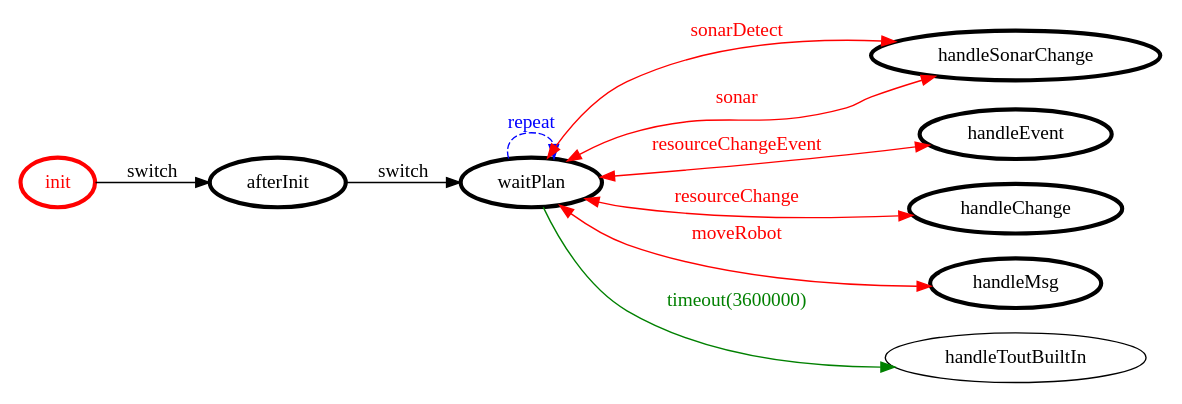
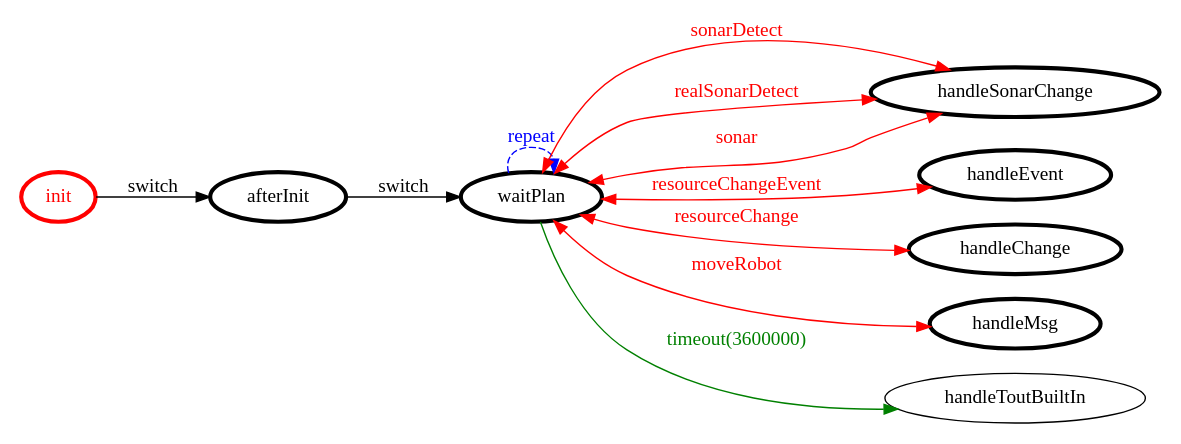
Before and after one commit to AlessandroStaffolani/robot-cleaner: the diagram in it.unibo.project/srcMore/it/unibo/mindrobot/mindrobot.gv, drawn with Graphviz. The commit also changed 11 other files, not shown here.

```diff
--- a/it.unibo.project/srcMore/it/unibo/mindrobot/mindrobot.gv
+++ b/it.unibo.project/srcMore/it/unibo/mindrobot/mindrobot.gv
@@ -1,29 +1,30 @@
 /*
 *
 * A GraphViz DOT FSM description 
 * Please use a GraphViz visualizer (like http://www.webgraphviz.com)
 *  
 */
 
 digraph finite_state_machine {
 	rankdir=LR
 	size="8,5"
 	
 	init [ color = red ][ fontcolor = red ][ penwidth = 3 ]
 	waitPlan [ color = black ][ fontcolor = black ][ penwidth = 3 ]
 	handleSonarChange [ color = black ][ fontcolor = black ][ penwidth = 3 ]
 	handleEvent [ color = black ][ fontcolor = black ][ penwidth = 3 ]
 	handleChange [ color = black ][ fontcolor = black ][ penwidth = 3 ]
 	afterInit [ color = black ][ fontcolor = black ][ penwidth = 3 ]
 	handleMsg [ color = black ][ fontcolor = black ][ penwidth = 3 ]
 	
 	waitPlan -> handleSonarChange [ label = "sonarDetect" ][ color = red ][ fontcolor = red ][ dir = both ]
 	init -> afterInit [ label = "switch" ][ color = black ][ fontcolor = black ]
+	waitPlan -> handleSonarChange [ label = "realSonarDetect" ][ color = red ][ fontcolor = red ][ dir = both ]
 	afterInit -> waitPlan [ label = "switch" ][ color = black ][ fontcolor = black ]
 	waitPlan -> handleToutBuiltIn [ label = "timeout(3600000)" ][ color = green ][ fontcolor = green ]
 	waitPlan -> handleEvent [ label = "resourceChangeEvent" ][ color = red ][ fontcolor = red ][ dir = both ]
 	waitPlan -> handleChange [ label = "resourceChange" ][ color = red ][ fontcolor = red ][ dir = both ]
 	waitPlan -> handleSonarChange [ label = "sonar" ][ color = red ][ fontcolor = red ][ dir = both ]
 	waitPlan -> waitPlan [ label = "repeat "][ style = dashed ][ color = blue ][ fontcolor = blue ]
 	waitPlan -> handleMsg [ label = "moveRobot" ][ color = red ][ fontcolor = red ][ dir = both ]
 }
```
